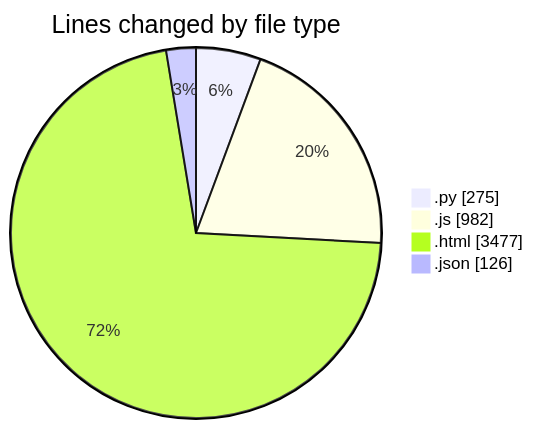
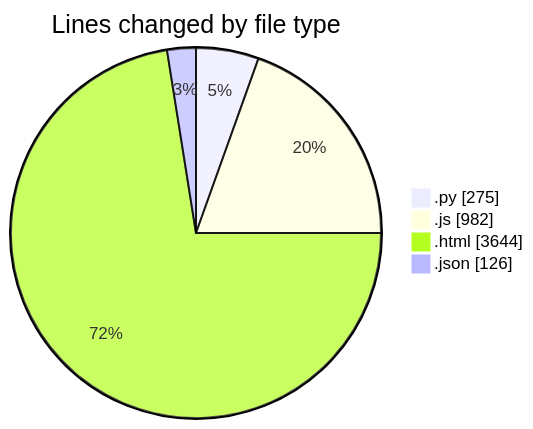
One commit to shibass792/code-tracking changed the first of 2 diagrams in 2026-07-09/twenty_versions_aminor/README.md. Above: the diagram before and after it, drawn with Mermaid. The commit also changed other lines of this file and 1 other file, not shown here.

````diff
--- a/2026-07-09/twenty_versions_aminor/README.md
+++ b/2026-07-09/twenty_versions_aminor/README.md
@@ -30,8 +30,8 @@
 ```mermaid
 pie showData
 title Lines changed by file type
 ".py" : 275
 ".js" : 982
-".html" : 3477
+".html" : 3644
 ".json" : 126
 ```
````
